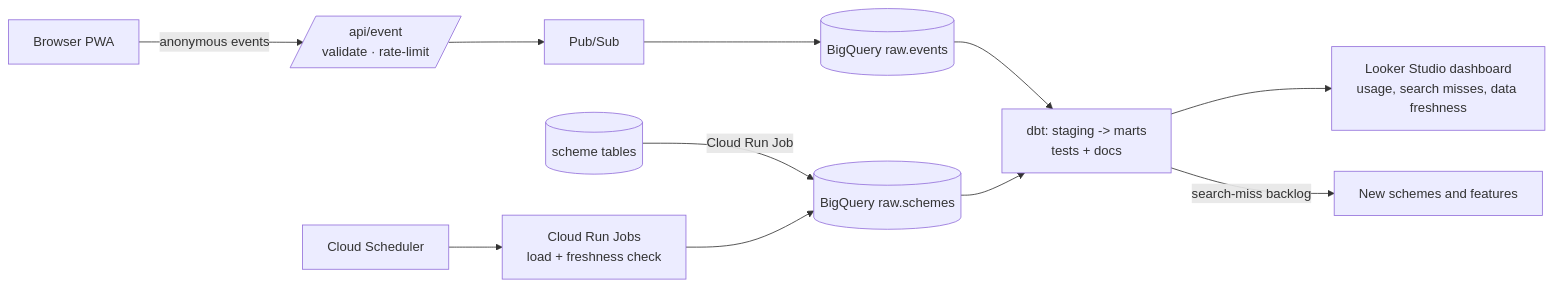
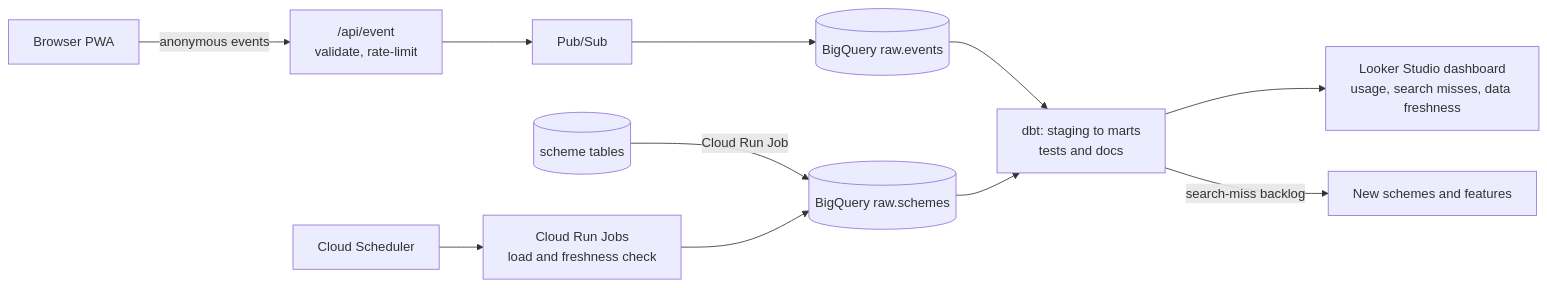
One commit to balamurugangethub/-sakhi-saathi changed diagram 19 of 19 in docs/ARCHITECTURE.md. Above: the diagram before and after it, drawn with Mermaid. The commit also changed other lines of this file and 1 other file, not shown here.

First line of the commit message:
Add architecture diagrams for every flow and algorithm

````diff
--- a/docs/ARCHITECTURE.md
+++ b/docs/ARCHITECTURE.md
@@ -15,13 +493,13 @@
 ```mermaid
 flowchart LR
-  U[Browser PWA] -->|anonymous events| E[/api/event<br/>validate · rate-limit/]
-  E --> P[Pub/Sub]
-  P --> BQraw[(BigQuery raw.events)]
-  T[(scheme tables)] -->|Cloud Run Job| BQraw2[(BigQuery raw.schemes)]
-  BQraw --> D[dbt: staging -> marts<br/>tests + docs]
+  U["Browser PWA"] -- "anonymous events" --> E["/api/event<br/>validate, rate-limit"]
+  E --> P["Pub/Sub"]
+  P --> BQraw[("BigQuery raw.events")]
+  T[("scheme tables")] -- "Cloud Run Job" --> BQraw2[("BigQuery raw.schemes")]
+  BQraw --> D["dbt: staging to marts<br/>tests and docs"]
   BQraw2 --> D
-  D --> L[Looker Studio dashboard<br/>usage, search misses, data freshness]
-  SCH[Cloud Scheduler] --> J[Cloud Run Jobs<br/>load + freshness check]
+  D --> L["Looker Studio dashboard<br/>usage, search misses, data freshness"]
+  SCH["Cloud Scheduler"] --> J["Cloud Run Jobs<br/>load and freshness check"]
   J --> BQraw2
-  D -->|search-miss backlog| F[New schemes and features]
+  D -- "search-miss backlog" --> F["New schemes and features"]
 ```
````
